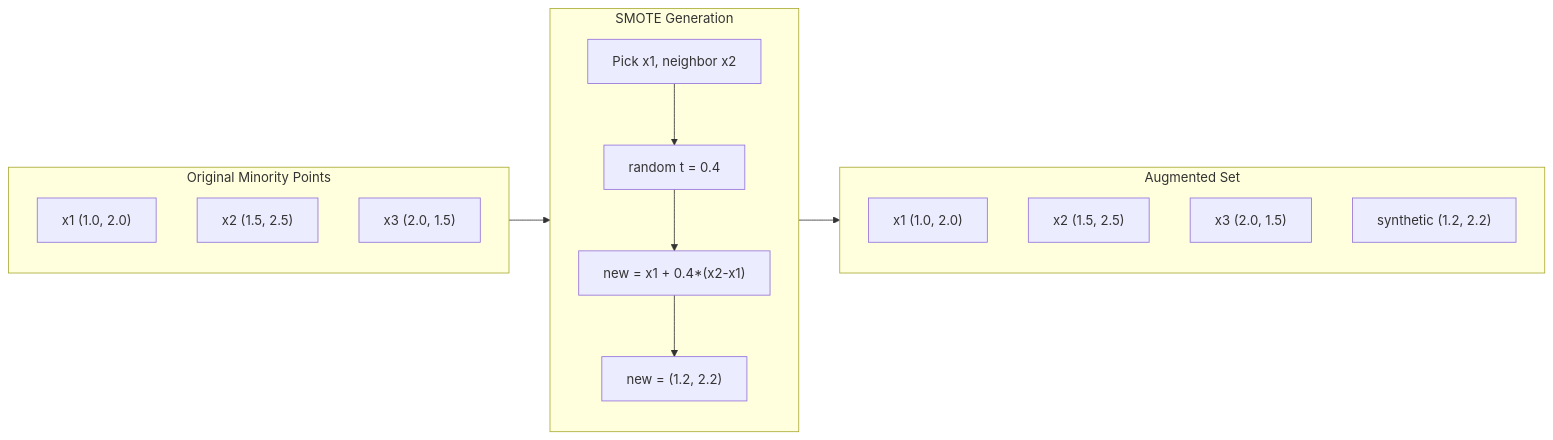
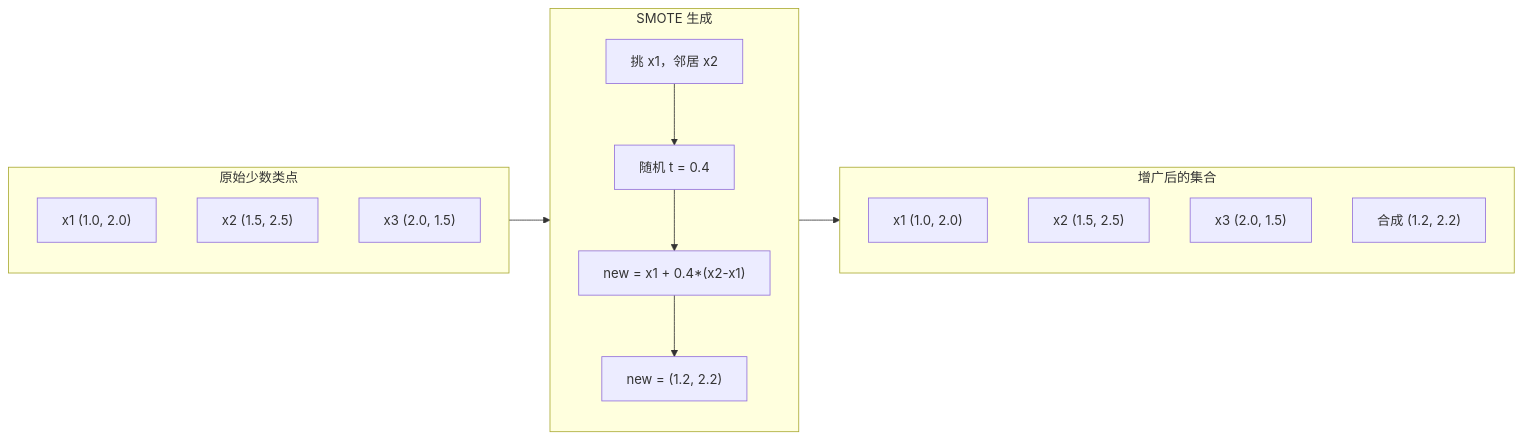
Before and after one commit to alessandrodinisio-ai/ai-engineering-learning-framework: the second of 4 diagrams in phases/02-ml-fundamentals/17-imbalanced-data/docs/en.md, drawn with Mermaid. The commit also changed other lines of this file and 443 other files, not shown here.

First line of the commit message:
feat(zh): 完成 435 节课程文档 + README/ROADMAP/术语表 + 网站 UI 全量中文化

````diff
--- a/phases/02-ml-fundamentals/17-imbalanced-data/docs/en.md
+++ b/phases/02-ml-fundamentals/17-imbalanced-data/docs/en.md
@@ -90,24 +90,24 @@
 ```mermaid
 flowchart LR
-    subgraph Original["Original Minority Points"]
+    subgraph Original["原始少数类点"]
         P1["x1 (1.0, 2.0)"]
         P2["x2 (1.5, 2.5)"]
         P3["x3 (2.0, 1.5)"]
     end
-    subgraph SMOTE["SMOTE Generation"]
+    subgraph SMOTE["SMOTE 生成"]
         direction TB
-        S1["Pick x1, neighbor x2"]
-        S2["random t = 0.4"]
+        S1["挑 x1，邻居 x2"]
+        S2["随机 t = 0.4"]
         S3["new = x1 + 0.4*(x2-x1)"]
         S4["new = (1.2, 2.2)"]
         S1 --> S2 --> S3 --> S4
     end
     Original --> SMOTE
-    subgraph Result["Augmented Set"]
+    subgraph Result["增广后的集合"]
         R1["x1 (1.0, 2.0)"]
         R2["x2 (1.5, 2.5)"]
         R3["x3 (2.0, 1.5)"]
-        R4["synthetic (1.2, 2.2)"]
+        R4["合成 (1.2, 2.2)"]
     end
     SMOTE --> Result
 ```
````
